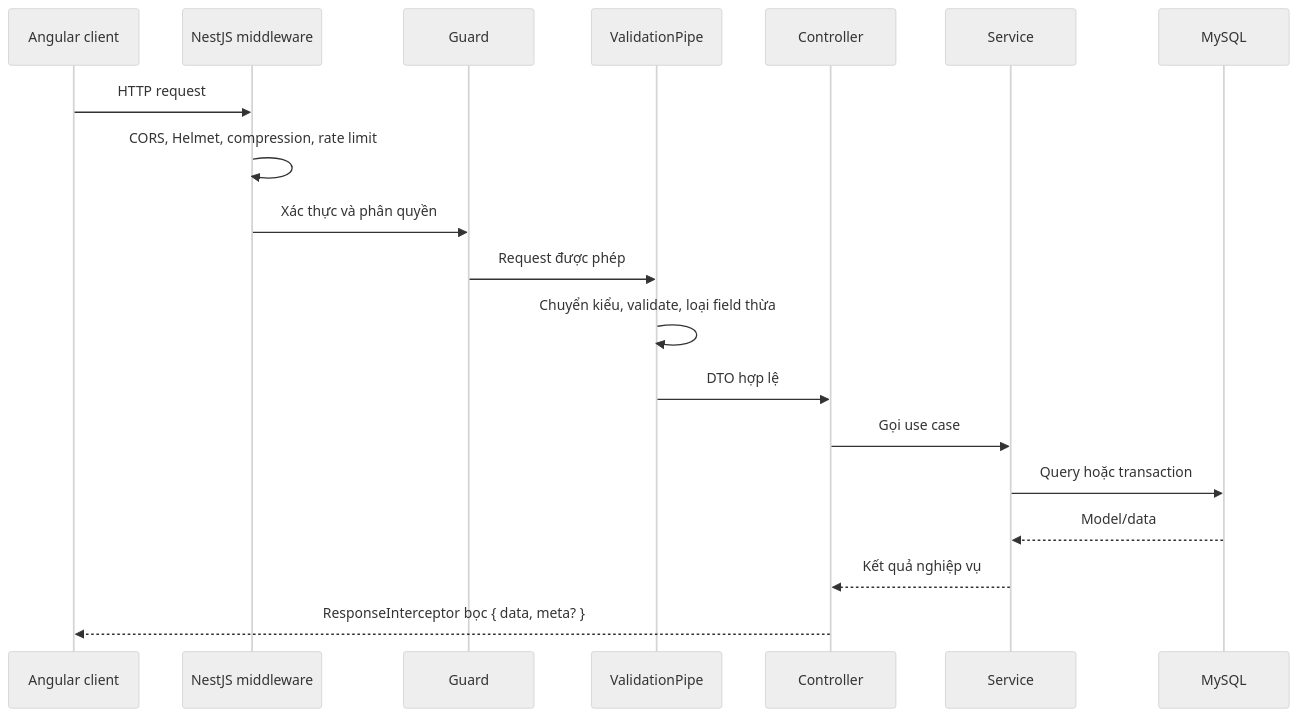
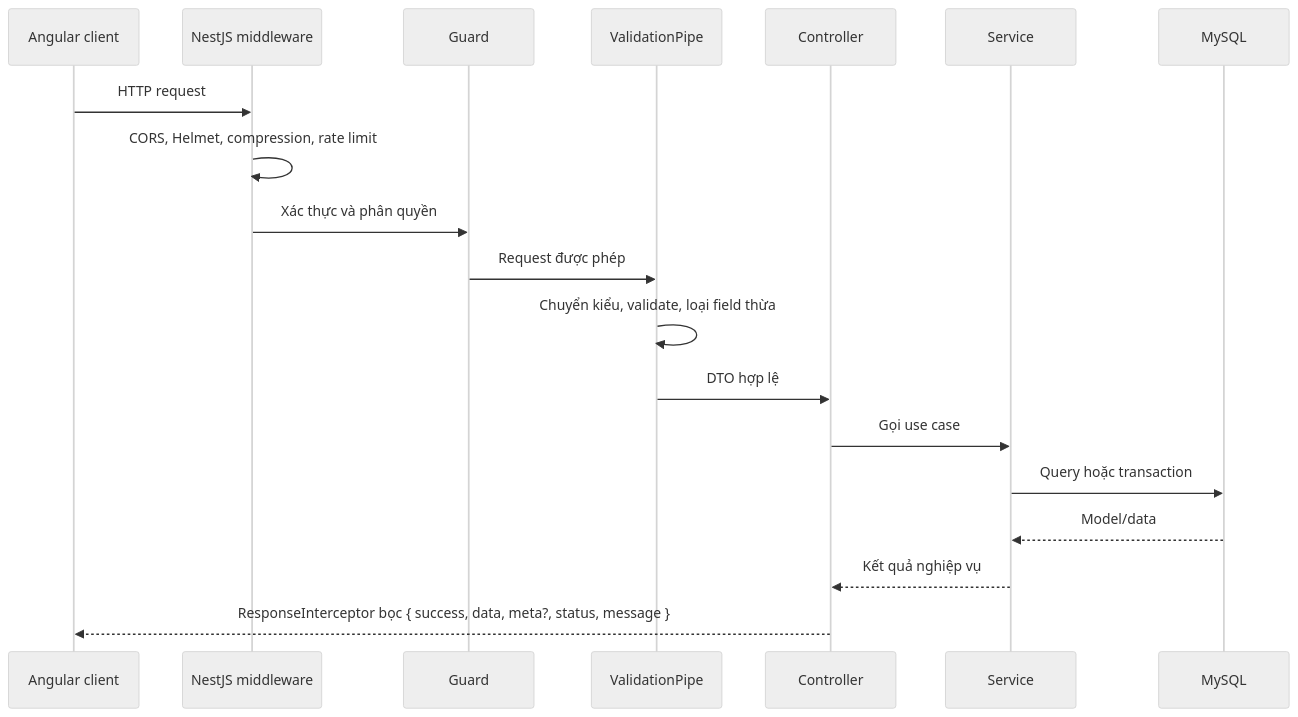
Before and after one commit to NgocThinh2004/Lingora: the second of 5 diagrams in docs/ARCHITECTURE.md, drawn with Mermaid (neutral theme). The commit also changed other lines of this file and 3 other files, not shown here.

Commit message:
docs: update deployment, architecture, API and healthcheck guides

````diff
--- a/docs/ARCHITECTURE.md
+++ b/docs/ARCHITECTURE.md
@@ -94,22 +95,22 @@
 ```mermaid
 sequenceDiagram
     participant C as Angular client
     participant M as NestJS middleware
     participant G as Guard
     participant V as ValidationPipe
     participant CT as Controller
     participant S as Service
     participant DB as MySQL
 
     C->>M: HTTP request
     M->>M: CORS, Helmet, compression, rate limit
     M->>G: Xác thực và phân quyền
     G->>V: Request được phép
     V->>V: Chuyển kiểu, validate, loại field thừa
     V->>CT: DTO hợp lệ
     CT->>S: Gọi use case
     S->>DB: Query hoặc transaction
     DB-->>S: Model/data
     S-->>CT: Kết quả nghiệp vụ
-    CT-->>C: ResponseInterceptor bọc { data, meta? }
+    CT-->>C: ResponseInterceptor bọc { success, data, meta?, status, message }
 ```
````
